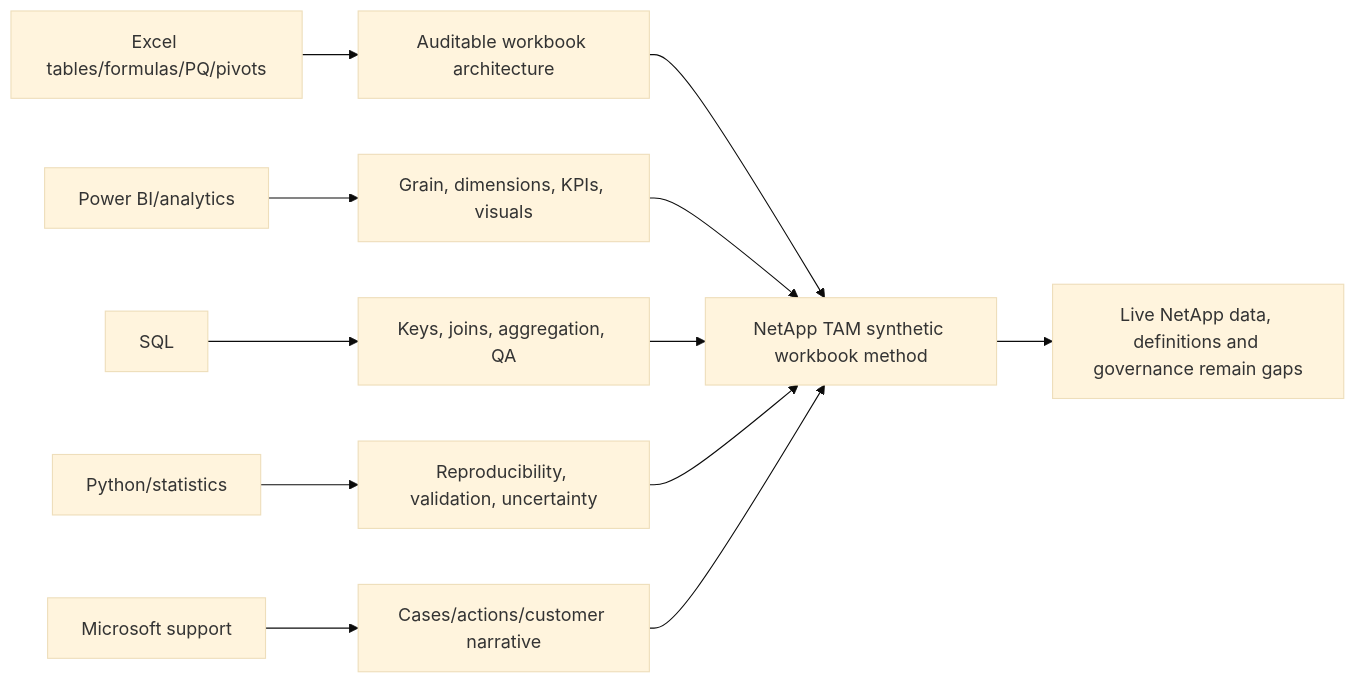
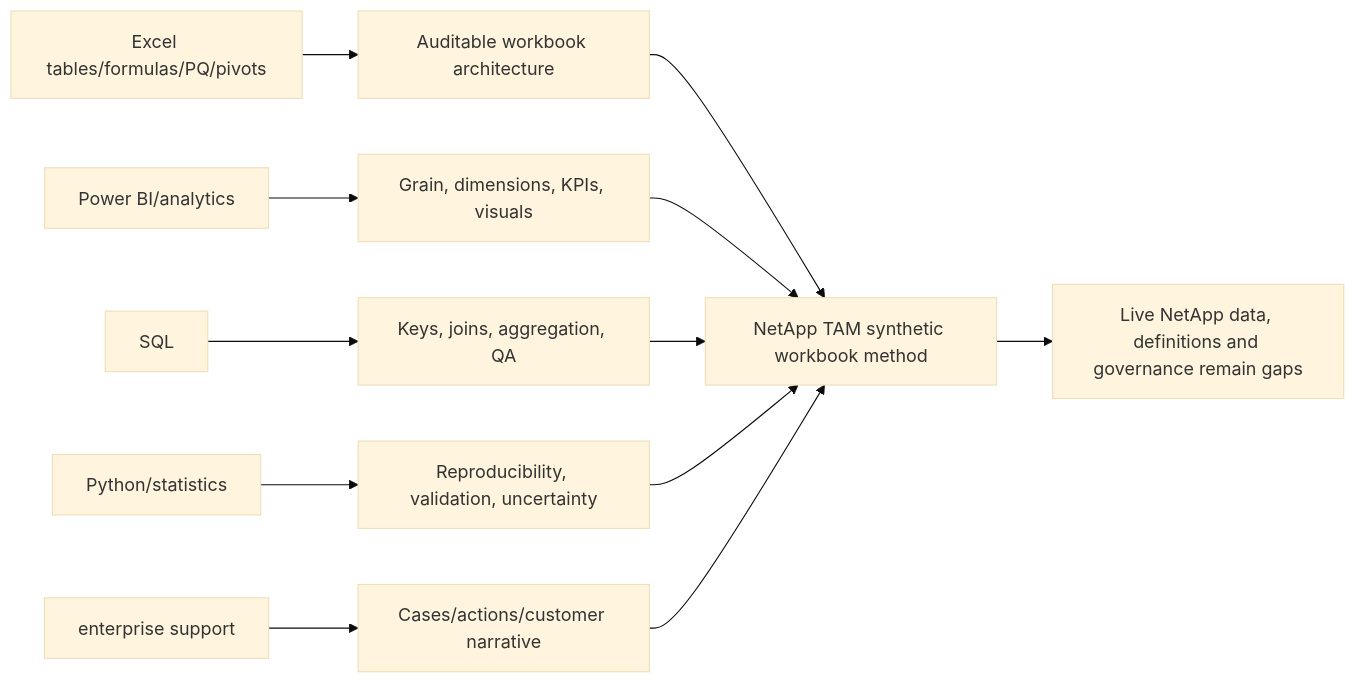
Before and after one commit to hichauhan-in/Interview-Prep: diagram 33 of 34 in NetApp TAM/prep/Part-59-excel-tam-analysis.md, drawn with Mermaid (base theme). The commit also changed other lines of this file and 493 other files, not shown here.

````diff
--- a/NetApp TAM/prep/Part-59-excel-tam-analysis.md
+++ b/NetApp TAM/prep/Part-59-excel-tam-analysis.md
@@ -1376,14 +1376,14 @@
 ```mermaid
 flowchart LR
     EXCEL[Excel tables/formulas/PQ/pivots] --> WORK[Auditable workbook architecture]
     BI[Power BI/analytics] --> MODEL[Grain, dimensions, KPIs, visuals]
     SQL[SQL] --> JOIN[Keys, joins, aggregation, QA]
     PY[Python/statistics] --> TEST[Reproducibility, validation, uncertainty]
-    MS[Microsoft support] --> CASE[Cases/actions/customer narrative]
+    MS[enterprise support] --> CASE[Cases/actions/customer narrative]
     WORK --> TAM[NetApp TAM synthetic workbook method]
     MODEL --> TAM
     JOIN --> TAM
     TEST --> TAM
     CASE --> TAM
     TAM --> GAP[Live NetApp data, definitions and governance remain gaps]
 ```
````
